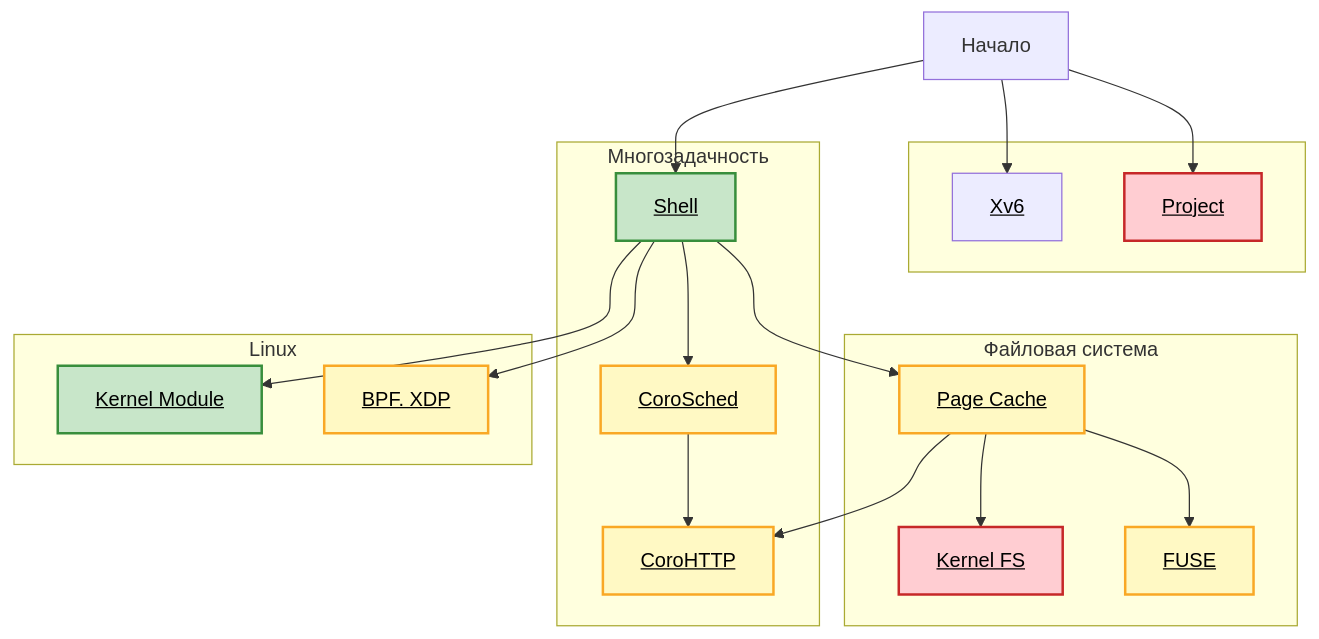
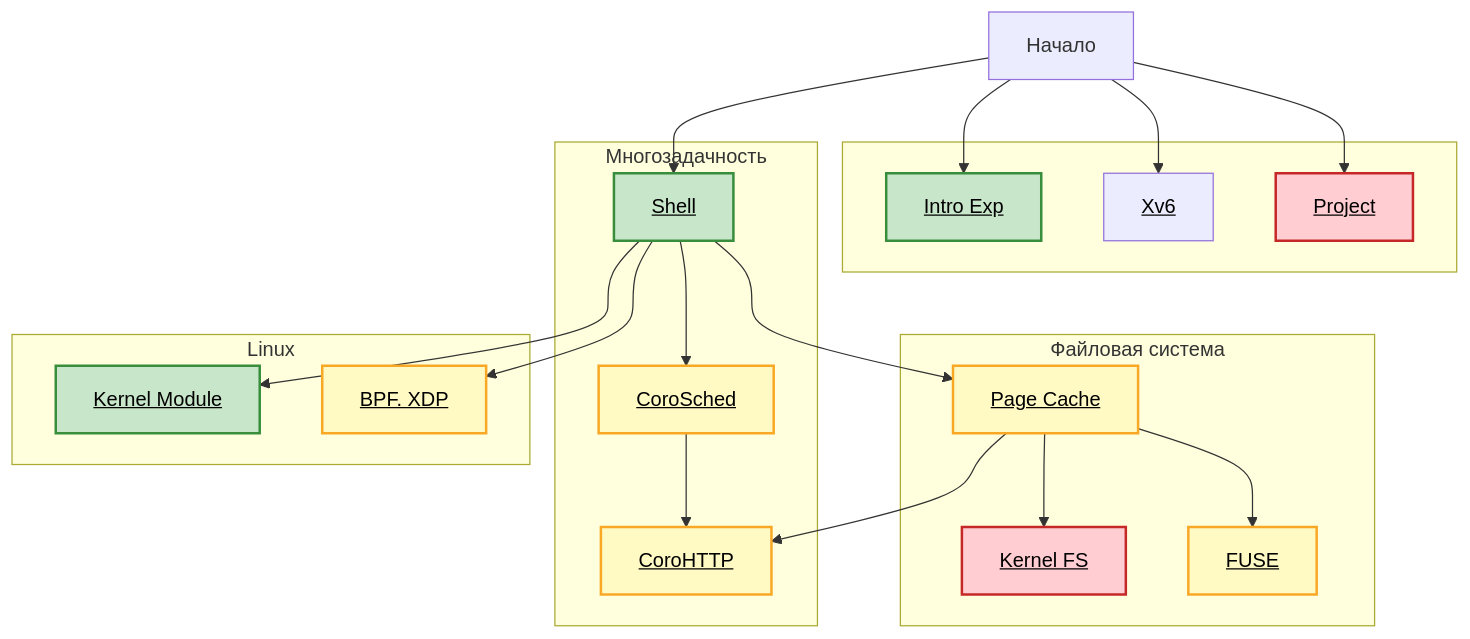
One commit to secs-dev/os-course changed the diagram in README.md. Above: the diagram before and after it, drawn with Mermaid.

````diff
--- a/README.md
+++ b/README.md
@@ -23,53 +23,56 @@
 ```mermaid
 graph TD
     start["Начало"]
 
     subgraph other [" "]
+        intro_exp["<a href='https://github.com/secs-dev/os-course/blob/main/lab/intro-exp/README.md' style='color:black;'>Intro Exp</a>"]
         xv6["<a href='https://github.com/secs-dev/xv6-riscv' style='color:black;'>Xv6</a>"]
         project["<a href='https://github.com/secs-dev/os-course/blob/main/lab/project/README.md' style='color:black;'>Project</a>"]
     end
 
     subgraph fs ["Файловая система"]
         vtpc["<a href='https://github.com/secs-dev/os-course/blob/main/lab/vtpc/README.md' style='color:black;'>Page Cache</a>"]
         vtfs["<a href='https://github.com/secs-dev/os-course/blob/main/lab/vtfs/README.md' style='color:black;'>Kernel FS</a>"]
         fuse["<a href='https://github.com/secs-dev/os-course/blob/main/lab/fuse/README.md' style='color:black;'>FUSE</a>"]
     end
 
     subgraph mp ["Многозадачность"]
         vtsh["<a href='https://github.com/secs-dev/os-course/blob/main/lab/vtsh/README.md' style='color:black;'>Shell</a>"]
         corosched["<a href='https://github.com/secs-dev/os-course/blob/main/lab/corosched/README.md' style='color:black;'>CoroSched</a>"]
         corohttp["<a href='https://github.com/secs-dev/os-course/blob/main/lab/corohttp/README.md' style='color:black;'>CoroHTTP</a>"]
     end
 
     subgraph linux ["Linux"]
         vtkm["<a href='https://github.com/secs-dev/os-course/blob/main/lab/vtkm/README.md' style='color:black;'>Kernel Module</a>"]
         bpf_xdp["<a href='https://github.com/secs-dev/os-course/blob/main/lab/bpf-xdp/README.md' style='color:black;'>BPF. XDP</a>"]
     end
 
+    start --> intro_exp
     start --> xv6
     start --> project
     start --> vtsh
     vtsh --> vtpc
     vtsh --> vtkm
     vtpc --> vtfs
     vtpc --> fuse
     vtsh --> corosched
     vtpc --> corohttp
     corosched --> corohttp
     vtsh --> bpf_xdp
 
     classDef free fill:#eceff1,stroke:#607d8b,stroke-width:2px,color:#37474f
     classDef easy fill:#c8e6c9,stroke:#388e3c,stroke-width:2px,color:#1b5e20
     classDef medium fill:#fff9c4,stroke:#f9a825,stroke-width:2px,color:#f57f17
     classDef hard fill:#ffcdd2,stroke:#c62828,stroke-width:2px,color:#b71c1c
 
+    class intro_exp easy
     class project hard
     class vtsh easy
     class vtpc medium
     class vtkm easy
     class vtfs hard
     class fuse medium
     class corosched medium
     class corohttp medium
     class bpf_xdp medium
 ```
````
